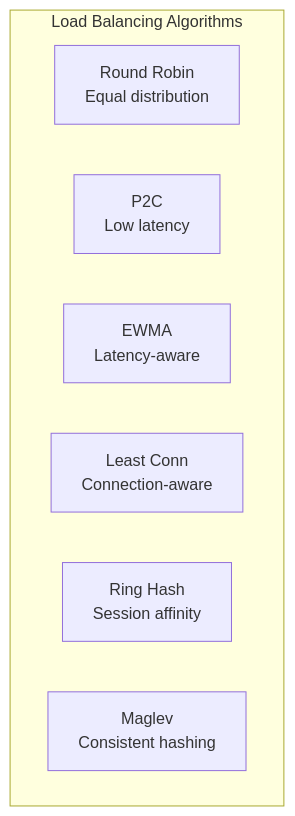
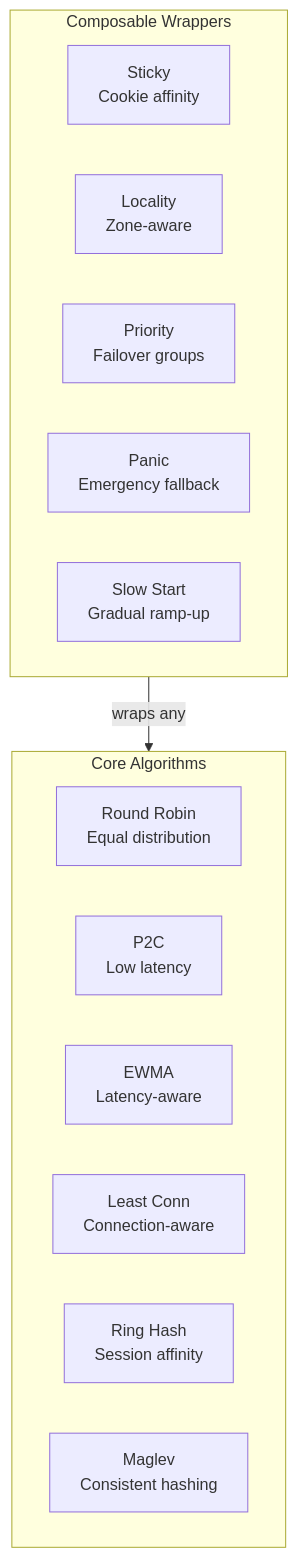
One commit to azrtydxb/novaedge changed the first of 13 diagrams in docs/user-guide/load-balancing.md. Above: the diagram before and after it, drawn with Mermaid. The commit also changed other lines of this file and 12 other files, not shown here.

````diff
--- a/docs/user-guide/load-balancing.md
+++ b/docs/user-guide/load-balancing.md
@@ -9,11 +9,21 @@
 ```mermaid
 flowchart TB
-    subgraph Algorithms["Load Balancing Algorithms"]
+    subgraph Core["Core Algorithms"]
         RR["Round Robin<br/>Equal distribution"]
         P2C["P2C<br/>Low latency"]
         EWMA["EWMA<br/>Latency-aware"]
         LC["Least Conn<br/>Connection-aware"]
         RH["Ring Hash<br/>Session affinity"]
         MG["Maglev<br/>Consistent hashing"]
     end
+
+    subgraph Wrappers["Composable Wrappers"]
+        SK["Sticky<br/>Cookie affinity"]
+        LO["Locality<br/>Zone-aware"]
+        PR["Priority<br/>Failover groups"]
+        PA["Panic<br/>Emergency fallback"]
+        SS["Slow Start<br/>Gradual ramp-up"]
+    end
+
+    Wrappers -->|"wraps any"| Core
 ```
````
